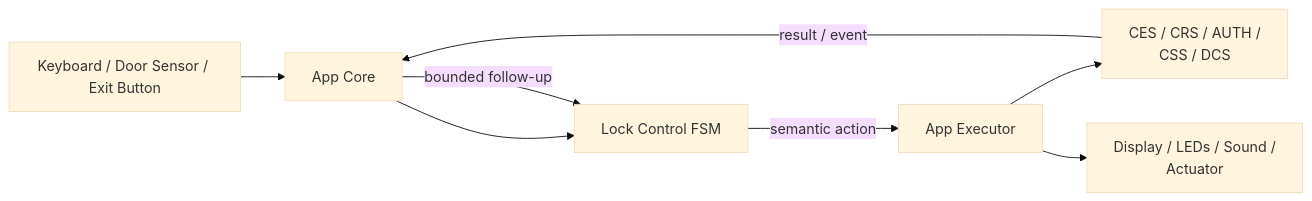
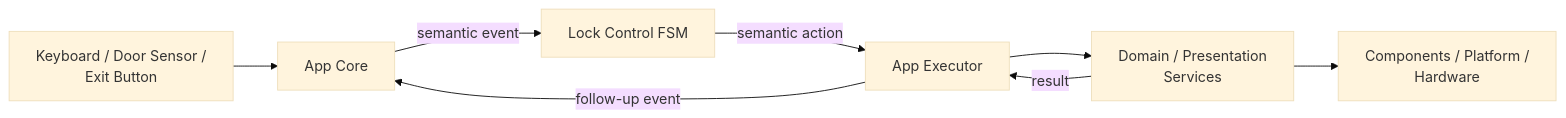
One commit to JP-REY/STM32F103C8T6-Based-Electronic-Lock changed the second of 3 diagrams in README.md. Above: the diagram before and after it, drawn with Mermaid (base theme). The commit also changed other lines of this file and 22 other files, not shown here.

First line of the commit message:
docs: update project architecture and module documentation

````diff
--- a/README.md
+++ b/README.md
@@ -288,17 +172,17 @@
 ```mermaid
 flowchart LR
-    INPUT["Keyboard / Door Sensor / Exit Button"]
+    INPUT["Keyboard / Door Sensor / <br/>Exit Button"]
     APP["App Core"]
     LCS["Lock Control FSM"]
     EXEC["App Executor"]
-    DOMAIN["CES / CRS / AUTH /<br/> CSS / DCS"]
-    FX["Display / LEDs / Sound /<br/> Actuator"]
+    SERVICES["Domain / Presentation <br/>Services"]
+    HW["Components / Platform / <br/>Hardware"]
 
     INPUT --> APP
-    APP --> LCS
+    APP -->|semantic event| LCS
     LCS -->|semantic action| EXEC
-    EXEC --> DOMAIN
-    EXEC --> FX
-    DOMAIN -->|result / event| APP
-    APP -->|bounded follow-up| LCS
+    EXEC --> SERVICES
+    SERVICES --> HW
+    SERVICES -->|result| EXEC
+    EXEC -->|follow-up event| APP
 ```
````
